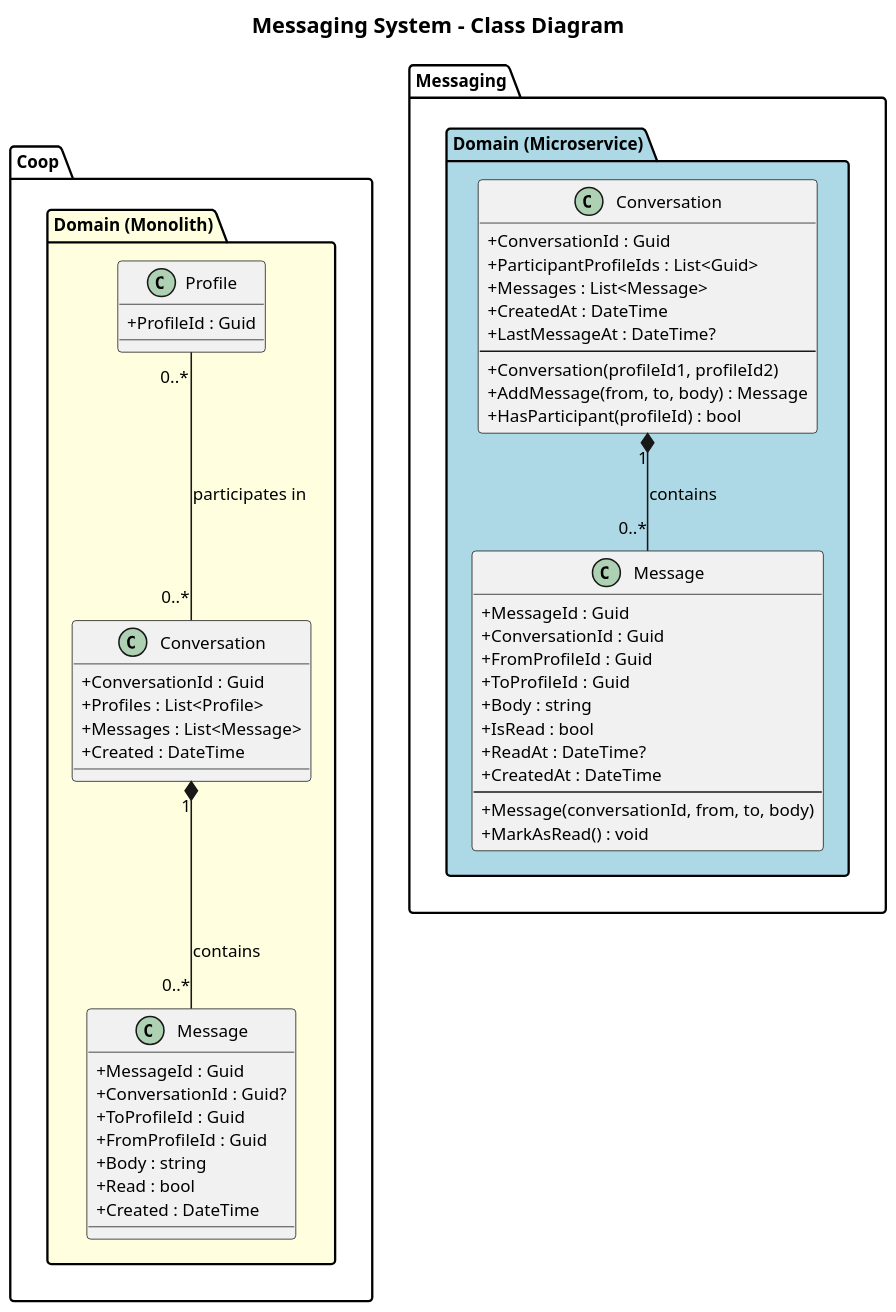
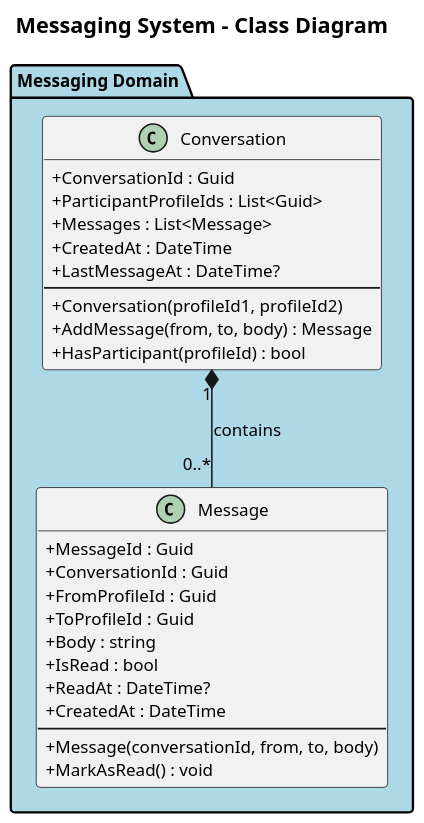
The diagram in docs/detailed-designs/07-messaging-system/class-diagram.puml (QuinntyneBrown/Coop), drawn with PlantUML before and after one commit. The commit also changed 5 other files, not shown here.

Commit message:
Update class diagrams and state diagrams for messaging, assets, onboarding, and theme

```diff
--- a/docs/detailed-designs/07-messaging-system/class-diagram.puml
+++ b/docs/detailed-designs/07-messaging-system/class-diagram.puml
@@ -1,64 +1,38 @@
 @startuml class-diagram
 skinparam dpi 150
 skinparam pageMargin 10
 skinparam classAttributeIconSize 0
 skinparam defaultFontSize 11
 title Messaging System - Class Diagram
 
-package "Coop.Domain (Monolith)" #LightYellow {
-  class "Conversation" as MC {
-    +ConversationId : Guid
-    +Profiles : List<Profile>
-    +Messages : List<Message>
-    +Created : DateTime
-  }
-
-  class "Message" as MM {
-    +MessageId : Guid
-    +ConversationId : Guid?
-    +ToProfileId : Guid
-    +FromProfileId : Guid
-    +Body : string
-    +Read : bool
-    +Created : DateTime
-  }
-
-  class "Profile" as MP {
-    +ProfileId : Guid
-  }
-
-  MP "0..*" -- "0..*" MC : participates in
-  MC "1" *-- "0..*" MM : contains
-}
-
-package "Messaging.Domain (Microservice)" #LightBlue {
+package "Messaging Domain" #LightBlue {
   class Conversation {
     +ConversationId : Guid
     +ParticipantProfileIds : List<Guid>
     +Messages : List<Message>
     +CreatedAt : DateTime
     +LastMessageAt : DateTime?
     --
     +Conversation(profileId1, profileId2)
     +AddMessage(from, to, body) : Message
     +HasParticipant(profileId) : bool
   }
 
   class Message {
     +MessageId : Guid
     +ConversationId : Guid
     +FromProfileId : Guid
     +ToProfileId : Guid
     +Body : string
     +IsRead : bool
     +ReadAt : DateTime?
     +CreatedAt : DateTime
     --
     +Message(conversationId, from, to, body)
     +MarkAsRead() : void
   }
 
   Conversation "1" *-- "0..*" Message : contains
 }
 
 @enduml
```
